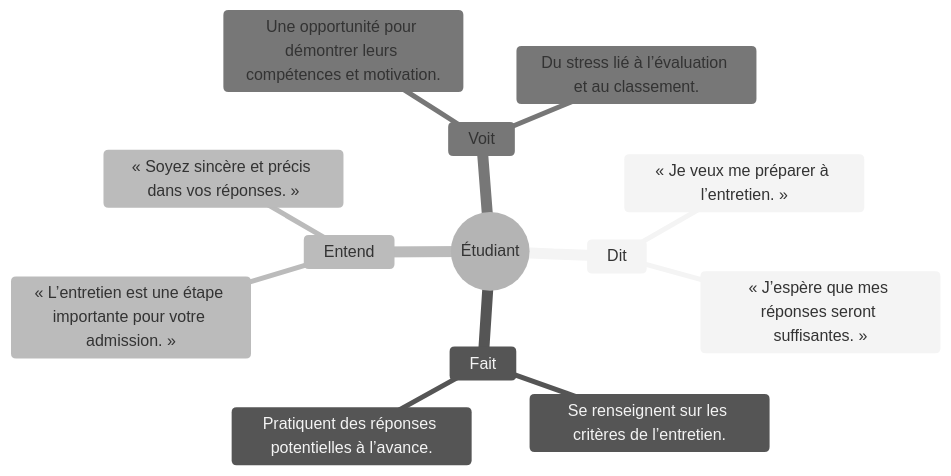
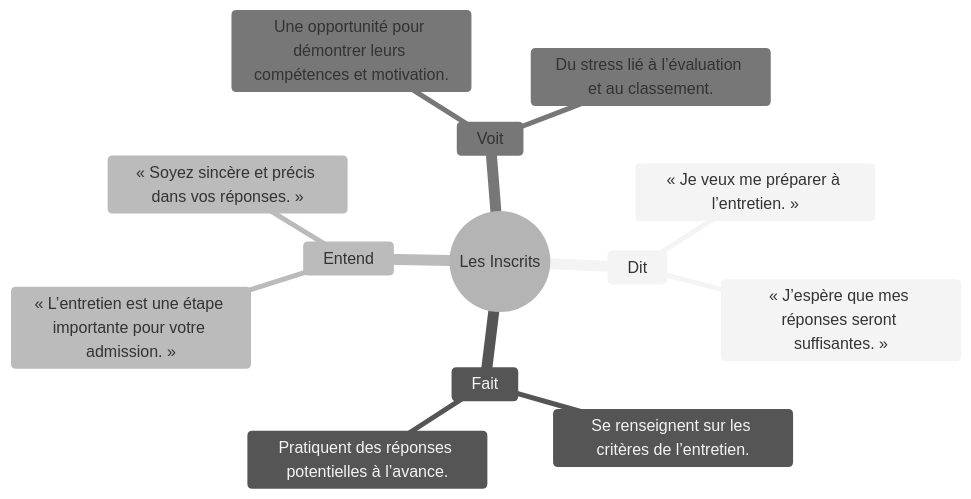
The diagram in Empathie/Carte_empathie_Étudiant.mmd (Suirita/14.UI_UX), drawn with Mermaid (neutral theme) before and after one commit. The commit also changed 2 other files, not shown here.

```diff
--- a/Empathie/Carte_empathie_Étudiant.mmd
+++ b/Empathie/Carte_empathie_Étudiant.mmd
@@ -1,14 +1,14 @@
 mindmap
-  root((Étudiant))
+  root((Les Inscrits))
     Dit
       « Je veux me préparer à l’entretien. »
       « J’espère que mes réponses seront suffisantes. »
     Fait
       Se renseignent sur les critères de l’entretien.
       Pratiquent des réponses potentielles à l’avance.
     Entend
       « L’entretien est une étape importante pour votre admission. »
       « Soyez sincère et précis dans vos réponses. »
     Voit
       Une opportunité pour démontrer leurs compétences et motivation.
       Du stress lié à l’évaluation et au classement.
```
